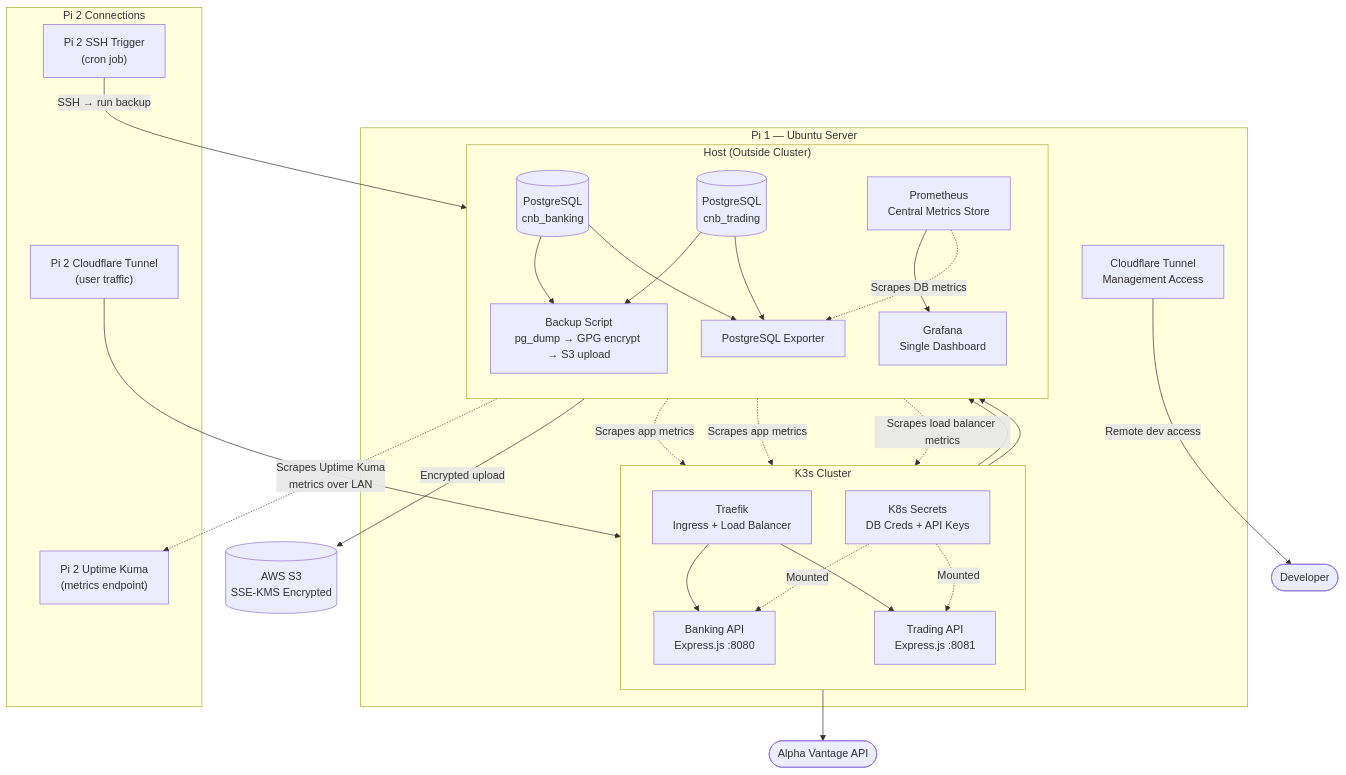
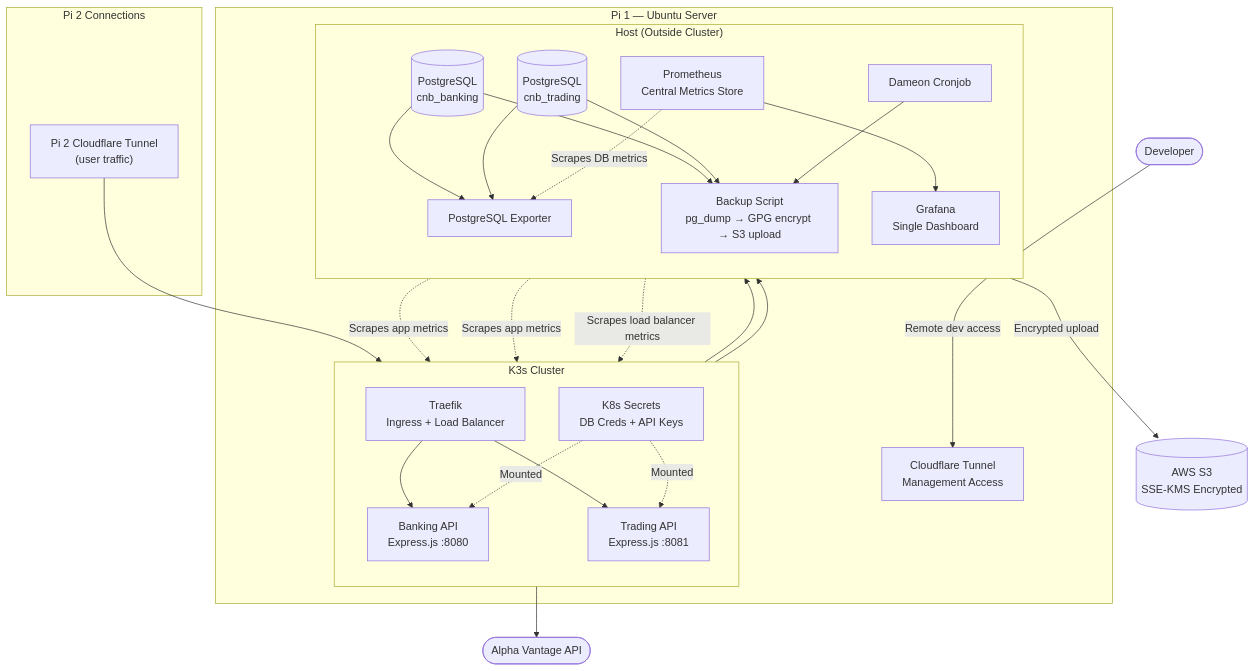
Before and after one commit to Seamus-Hennigan/CNB-Bank: the second of 2 diagrams in README.md, drawn with Mermaid. The commit also changed other lines of this file, not shown here.

Commit message:
Refactor architecture diagrams in README.md

````diff
--- a/README.md
+++ b/README.md
@@ -67,54 +55,46 @@
 ```mermaid
-graph TD
-    subgraph Pi1["Pi 1 — Ubuntu Server"]
-        subgraph K3s["K3s Cluster"]
-            direction TB
-            Traefik[Traefik<br/>Ingress + Load Balancer]
-            Banking[Banking API<br/>Express.js :8080]
-            Trading[Trading API<br/>Express.js :8081]
-            Secrets[K8s Secrets<br/>DB Creds + API Keys]
- 
-            Traefik --> Banking
-            Traefik --> Trading
-            Secrets -. "Mounted" .-> Banking
-            Secrets -. "Mounted" .-> Trading
-        end
- 
-        subgraph Host["Host (Outside Cluster)"]
-            direction TB
-            PG_Banking[(PostgreSQL<br/>cnb_banking)]
-            PG_Trading[(PostgreSQL<br/>cnb_trading)]
-            PGExp[PostgreSQL Exporter]
-            Prom[Prometheus<br/>Central Metrics Store]
-            Graf[Grafana<br/>Single Dashboard]
-            BackupScript[Backup Script<br/>pg_dump → GPG encrypt → S3 upload]
-        end
- 
-        CFMT[Cloudflare Tunnel<br/>Management Access]
- 
-        Banking --> PG_Banking
-        Trading --> PG_Trading
-        PG_Banking --> PGExp
-        PG_Trading --> PGExp
-        Prom -. "Scrapes app metrics" .-> Banking
-        Prom -. "Scrapes app metrics" .-> Trading
-        Prom -. "Scrapes load balancer metrics" .-> Traefik
-        Prom -. "Scrapes DB metrics" .-> PGExp
-        Prom --> Graf
-        PG_Banking --> BackupScript
-        PG_Trading --> BackupScript
-    end
- 
-    subgraph Pi2_Inputs["Pi 2 Connections"]
-        Pi2_SSH["Pi 2 SSH Trigger<br/>(cron job)"]
-        Pi2_Tunnel["Pi 2 Cloudflare Tunnel<br/>(user traffic)"]
-        Pi2_Kuma["Pi 2 Uptime Kuma<br/>(metrics endpoint)"]
-    end
- 
-    Pi2_SSH -- "SSH → run backup" --> BackupScript
+---
+config:
+  layout: dagre
+---
+flowchart TB
+ subgraph K3s["K3s Cluster"]
+    direction TB
+        Traefik["Traefik<br>Ingress + Load Balancer"]
+        Banking["Banking API<br>Express.js :8080"]
+        Trading["Trading API<br>Express.js :8081"]
+        Secrets["K8s Secrets<br>DB Creds + API Keys"]
+  end
+ subgraph Host["Host (Outside Cluster)"]
+    direction TB
+        PG_Banking[("PostgreSQL<br>cnb_banking")]
+        PG_Trading[("PostgreSQL<br>cnb_trading")]
+        PGExp["PostgreSQL Exporter"]
+        Prom["Prometheus<br>Central Metrics Store"]
+        Graf["Grafana<br>Single Dashboard"]
+        Cron["Dameon Cronjob"]
+        BackupScript["Backup Script<br>pg_dump → GPG encrypt → S3 upload"]
+  end
+ subgraph Pi1["Pi 1 — Ubuntu Server"]
+        K3s
+        Host
+        CFMT["Cloudflare Tunnel<br>Management Access"]
+  end
+ subgraph Pi2_Inputs["Pi 2 Connections"]
+        Pi2_Tunnel["Pi 2 Cloudflare Tunnel<br>(user traffic)"]
+  end
+    Traefik --> Banking & Trading
+    Secrets -. Mounted .-> Banking & Trading
+    Banking --> PG_Banking
+    Trading --> PG_Trading & AV(["Alpha Vantage API"])
+    PG_Banking --> PGExp & BackupScript
+    PG_Trading --> PGExp & BackupScript
+    Prom -. Scrapes app metrics .-> Banking & Trading
+    Prom -. Scrapes load balancer metrics .-> Traefik
+    Prom -. Scrapes DB metrics .-> PGExp
+    Cron --> BackupScript
+    Prom --> Graf
     Pi2_Tunnel --> Traefik
-    Prom -. "Scrapes Uptime Kuma<br/>metrics over LAN" .-> Pi2_Kuma
-    CFMT -- "Remote dev access" --> Dev([Developer])
-    BackupScript -- "Encrypted upload" --> S3[(AWS S3<br/>SSE-KMS Encrypted)]
-    Trading --> AV([Alpha Vantage API])
+    Dev(["Developer"]) -- Remote dev access --> CFMT
+    BackupScript -- Encrypted upload --> S3[("AWS S3<br>SSE-KMS Encrypted")]
 ```
````
